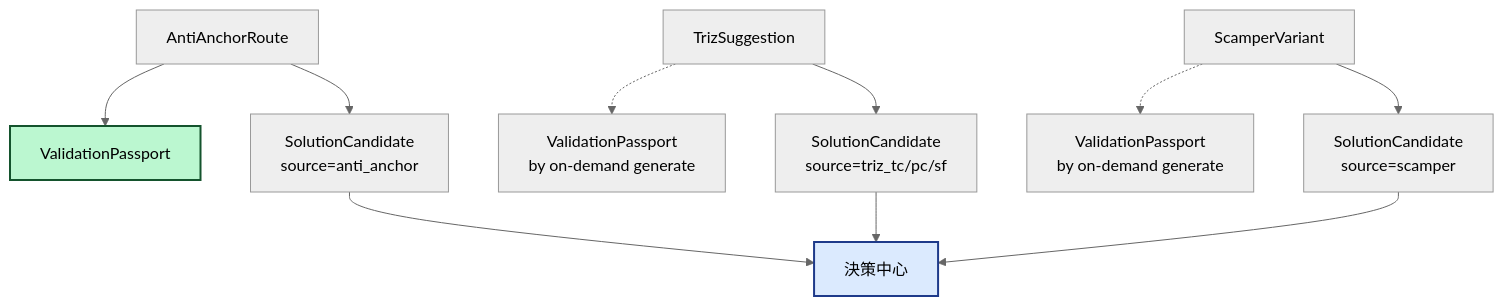
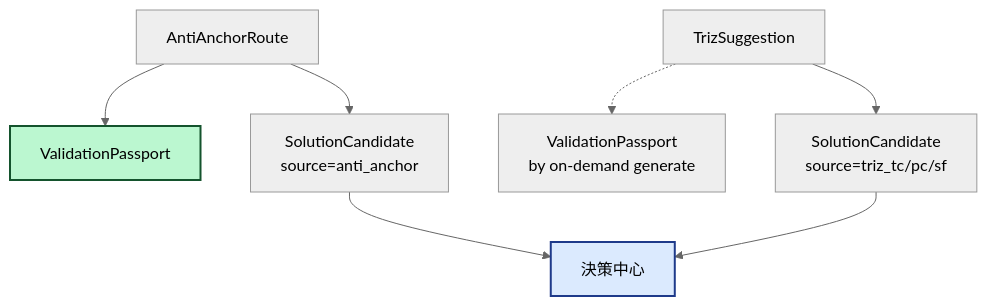
Before and after one commit to Zenobia0000/RD_copilot_system: diagram 20 of 23 in docs/01-define/diagrams/appendix-c--reverse-anti-anchor.md, drawn with Mermaid. The commit also changed other lines of this file and 77 other files, not shown here.

````diff
--- a/docs/01-define/diagrams/appendix-c--reverse-anti-anchor.md
+++ b/docs/01-define/diagrams/appendix-c--reverse-anti-anchor.md
@@ -784,17 +784,14 @@
 ```mermaid
 %%{init: {'theme': 'neutral'}}%%
 graph TB
     F0R[AntiAnchorRoute] --> VP[ValidationPassport]
     TRIZ[TrizSuggestion] -.-> VP2[ValidationPassport<br/>by on-demand generate]
-    SCM[ScamperVariant] -.-> VP3[ValidationPassport<br/>by on-demand generate]
     F0R --> CAND[SolutionCandidate<br/>source=anti_anchor]
     TRIZ --> CAND2[SolutionCandidate<br/>source=triz_tc/pc/sf]
-    SCM --> CAND3[SolutionCandidate<br/>source=scamper]
 
     CAND --> HUB[決策中心]
     CAND2 --> HUB
-    CAND3 --> HUB
 
     style VP fill:#bbf7d0,stroke:#14532d,stroke-width:2px,color:#000
     style HUB fill:#dbeafe,stroke:#1e3a8a,stroke-width:2px,color:#000
 ```
````
